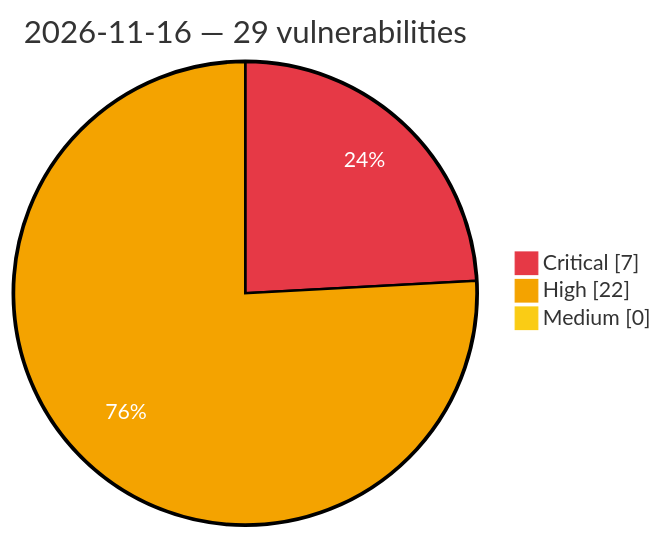
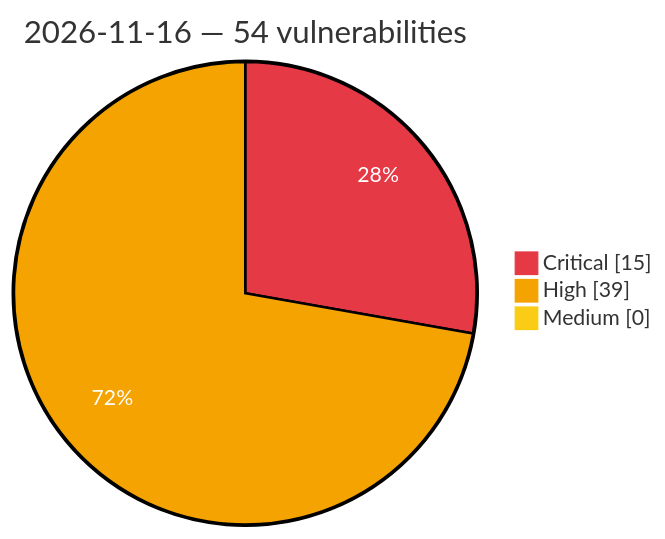
The diagram in vulnerabilities/2026/November/2026-11-16.md (GhostX0X/vuln-tracker), drawn with Mermaid before and after one commit. The commit also changed other lines of this file and 5 other files, not shown here.

Commit message:
Auto update: critical/high vulns (2026-11-17 00:23 UTC)

````diff
--- a/vulnerabilities/2026/November/2026-11-16.md
+++ b/vulnerabilities/2026/November/2026-11-16.md
@@ -3,8 +3,8 @@
 ```mermaid
 %%{init: {'theme':'base', 'themeVariables': {'pie1':'#e63946', 'pie2':'#f4a300', 'pie3':'#facc15', 'pieOpacity':'1', 'pieOuterStrokeWidth':'2px', 'pieSectionTextColor':'#ffffff'}}}%%
 pie showData
-    title 2026-11-16 — 29 vulnerabilities
-    "Critical" : 7
-    "High" : 22
+    title 2026-11-16 — 54 vulnerabilities
+    "Critical" : 15
+    "High" : 39
     "Medium" : 0
 ```
````
